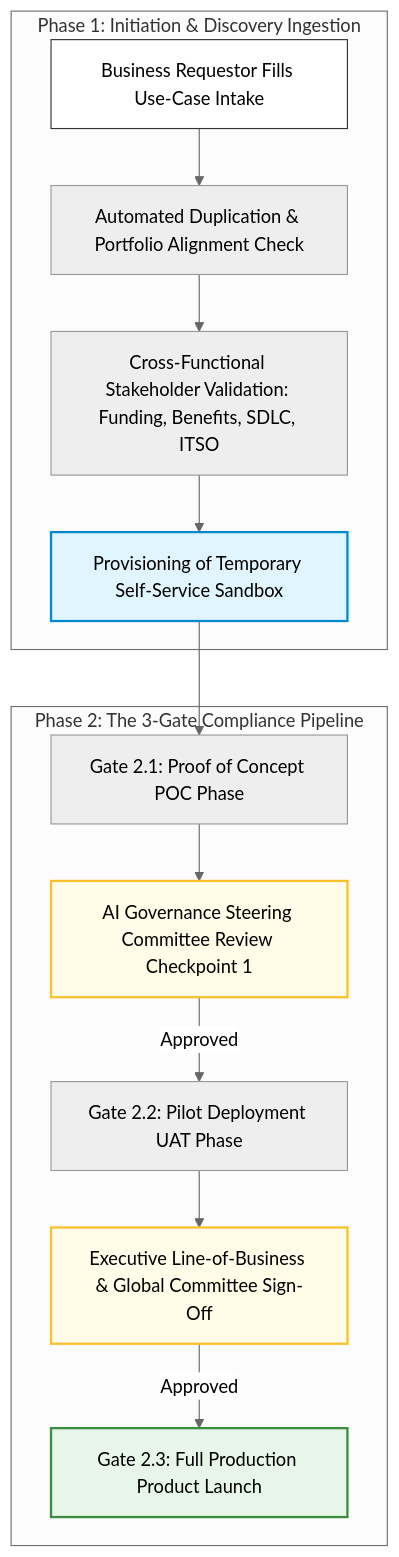
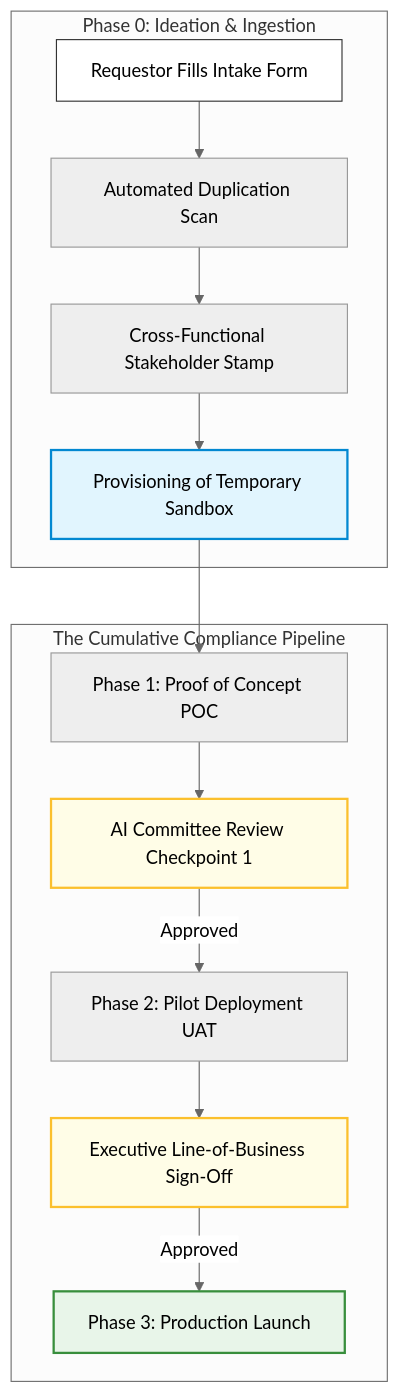
One commit to RajatSharma-AIGovernance/ai-governance-portfolio changed the diagram in 4-operational-toolkits/README.md. Above: the diagram before and after it, drawn with Mermaid (neutral theme). The commit also changed other lines of this file, not shown here.

````diff
--- a/4-operational-toolkits/README.md
+++ b/4-operational-toolkits/README.md
@@ -17,22 +18,22 @@
 ```mermaid
 graph TD
-    subgraph Phase 1: Initiation & Discovery Ingestion
-    A[Business Requestor Fills Use-Case Intake] --> B[Automated Duplication & Portfolio Alignment Check]
-    B --> C[Cross-Functional Stakeholder Validation: Funding, Benefits, SDLC, ITSO]
-    C --> D[Provisioning of Temporary Self-Service Sandbox]
+    subgraph Phase 0: Ideation & Ingestion
+    A[Requestor Fills Intake Form] --> B[Automated Duplication Scan]
+    B --> C[Cross-Functional Stakeholder Stamp]
+    C --> D[Provisioning of Temporary Sandbox]
     end
 
-    subgraph Phase 2: The 3-Gate Compliance Pipeline
-    D --> E[Gate 2.1: Proof of Concept POC Phase]
-    E --> F[AI Governance Steering Committee Review Checkpoint 1]
-    F -->|Approved| G[Gate 2.2: Pilot Deployment UAT Phase]
-    G --> H[Executive Line-of-Business & Global Committee Sign-Off]
-    H -->|Approved| I[Gate 2.3: Full Production Product Launch]
+    subgraph The Cumulative Compliance Pipeline
+    D --> E[Phase 1: Proof of Concept POC]
+    E --> F[AI Committee Review Checkpoint 1]
+    F -->|Approved| G[Phase 2: Pilot Deployment UAT]
+    G --> H[Executive Line-of-Business Sign-Off]
+    H -->|Approved| I[Phase 3: Production Launch]
     end
     
     style A fill:#fff,stroke:#333,stroke-width:1px
     style D fill:#e1f5fe,stroke:#0288d1,stroke-width:2px
     style F fill:#fffde7,stroke:#fbc02d,stroke-width:2px
     style H fill:#fffde7,stroke:#fbc02d,stroke-width:2px
     style I fill:#e8f5e9,stroke:#388e3c,stroke-width:2px
 ```
````
